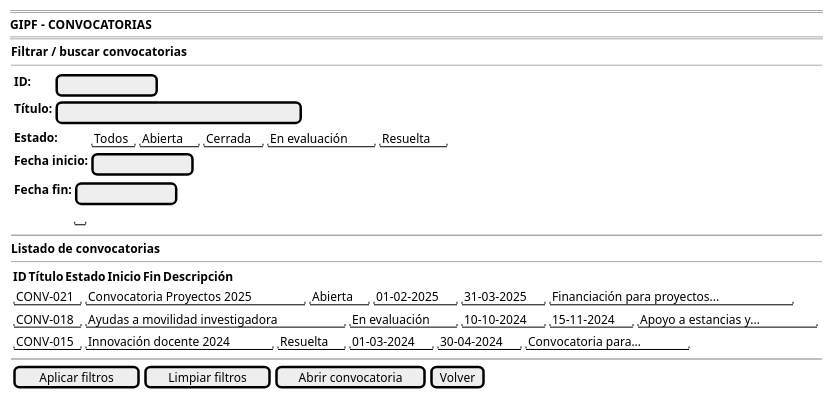
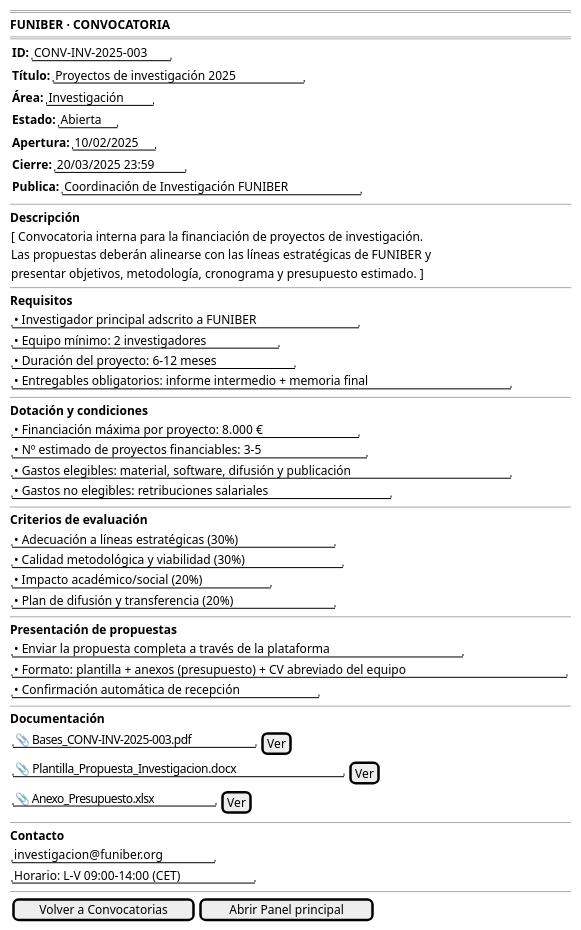
The diagram in documents/casosDeUso/detalle/coordinador/04-convocatorias/abrirConvocatoria/prototipo/prototipo.puml (31Diego/25-26-IdSw1-SdR), drawn with PlantUML before and after one commit. The commit also changed 22 other files, not shown here.

```diff
--- a/documents/casosDeUso/detalle/coordinador/04-convocatorias/abrirConvocatoria/prototipo/prototipo.puml
+++ b/documents/casosDeUso/detalle/coordinador/04-convocatorias/abrirConvocatoria/prototipo/prototipo.puml
@@ -1,38 +1,86 @@
-@startsalt abrirConvocatoria-wireframe
+@startsalt convocatoriaAbierta-wireframe
 {
     ====
-    <b>GIPF - CONVOCATORIAS</b>
+    <b>FUNIBER · CONVOCATORIA</b>
     ====
+
     {
-        <b>Filtrar / buscar convocatorias</b>
-        --
-        {
-            {
-            {<b>ID:</b> | [            ]
-            <b>Título:</b> | [                              ]}
+        { <b>ID:</b> | "CONV-INV-2025-003" }
+        { <b>Título:</b> | "Proyectos de investigación 2025" }
+        { <b>Área:</b> | "Investigación" }
+        { <b>Estado:</b> | "Abierta" }
+        { <b>Apertura:</b> | "10/02/2025" }
+        { <b>Cierre:</b> | "20/03/2025 23:59" }
+        { <b>Publica:</b> | "Coordinación de Investigación FUNIBER" }
+    }
 
-            {<b>Estado:</b> | { "Todos" | "Abierta" | "Cerrada" | "En evaluación" | "Resuelta" }
-            <b>Fecha inicio:</b> | [            ]}
+    --
 
-            {<b>Fecha fin:</b> | [            ]
-            <b> </b> | " " }
-            }
-        }
+    <b>Descripción</b>
+    {
+        [ Convocatoria interna para la financiación de proyectos de investigación.
+        Las propuestas deberán alinearse con las líneas estratégicas de FUNIBER y
+        presentar objetivos, metodología, cronograma y presupuesto estimado. ]
+    }
 
-        ~~
+    --
 
-        <b>Listado de convocatorias</b>
-        --
-        {
-            {<b>ID</b> | <b>Título</b> | <b>Estado</b> | <b>Inicio</b> | <b>Fin</b> | <b>Descripción</b>}
-            {"CONV-021" | "Convocatoria Proyectos 2025" | "Abierta" | "01-02-2025" | "31-03-2025" | "Financiación para proyectos..."}
-            {"CONV-018" | "Ayudas a movilidad investigadora" | "En evaluación" | "10-10-2024" | "15-11-2024" | "Apoyo a estancias y..."}
-            {"CONV-015" | "Innovación docente 2024" | "Resuelta" | "01-03-2024" | "30-04-2024" | "Convocatoria para..."}
-        }
+    <b>Requisitos</b>
+    {
+        "• Investigador principal adscrito a FUNIBER"
+        "• Equipo mínimo: 2 investigadores"
+        "• Duración del proyecto: 6–12 meses"
+        "• Entregables obligatorios: informe intermedio + memoria final"
+    }
 
-        ~~
+    --
 
-        {[Aplicar filtros] | [Limpiar filtros] | [Abrir convocatoria] | [Volver]}
+    <b>Dotación y condiciones</b>
+    {
+        "• Financiación máxima por proyecto: 8.000 €"
+        "• Nº estimado de proyectos financiables: 3–5"
+        "• Gastos elegibles: material, software, difusión y publicación"
+        "• Gastos no elegibles: retribuciones salariales"
     }
+
+    --
+
+    <b>Criterios de evaluación</b>
+    {
+        "• Adecuación a líneas estratégicas (30%)"
+        "• Calidad metodológica y viabilidad (30%)"
+        "• Impacto académico/social (20%)"
+        "• Plan de difusión y transferencia (20%)"
+    }
+
+    --
+
+    <b>Presentación de propuestas</b>
+    {
+        "• Enviar la propuesta completa a través de la plataforma"
+        "• Formato: plantilla + anexos (presupuesto) + CV abreviado del equipo"
+        "• Confirmación automática de recepción"
+    }
+
+    --
+
+    <b>Documentación</b>
+    {
+        { "📎 Bases_CONV-INV-2025-003.pdf" | [Ver] }
+        { "📎 Plantilla_Propuesta_Investigacion.docx" | [Ver] }
+        { "📎 Anexo_Presupuesto.xlsx" | [Ver] }
+    }
+
+    --
+
+    <b>Contacto</b>
+    {
+        "investigacion@funiber.org"
+        "Horario: L–V 09:00–14:00 (CET)"
+    }
+
+    --
+
+    { [Volver a Convocatorias] | [Abrir Panel principal] }
 }
 @endsalt
```
